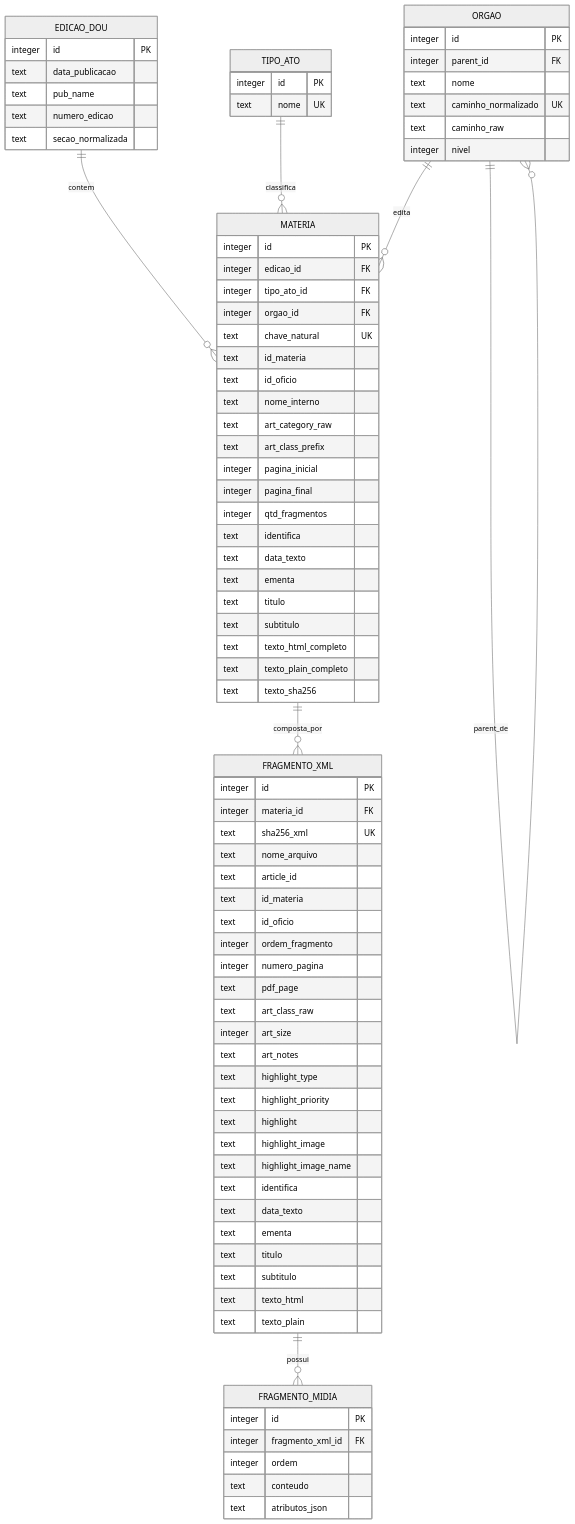
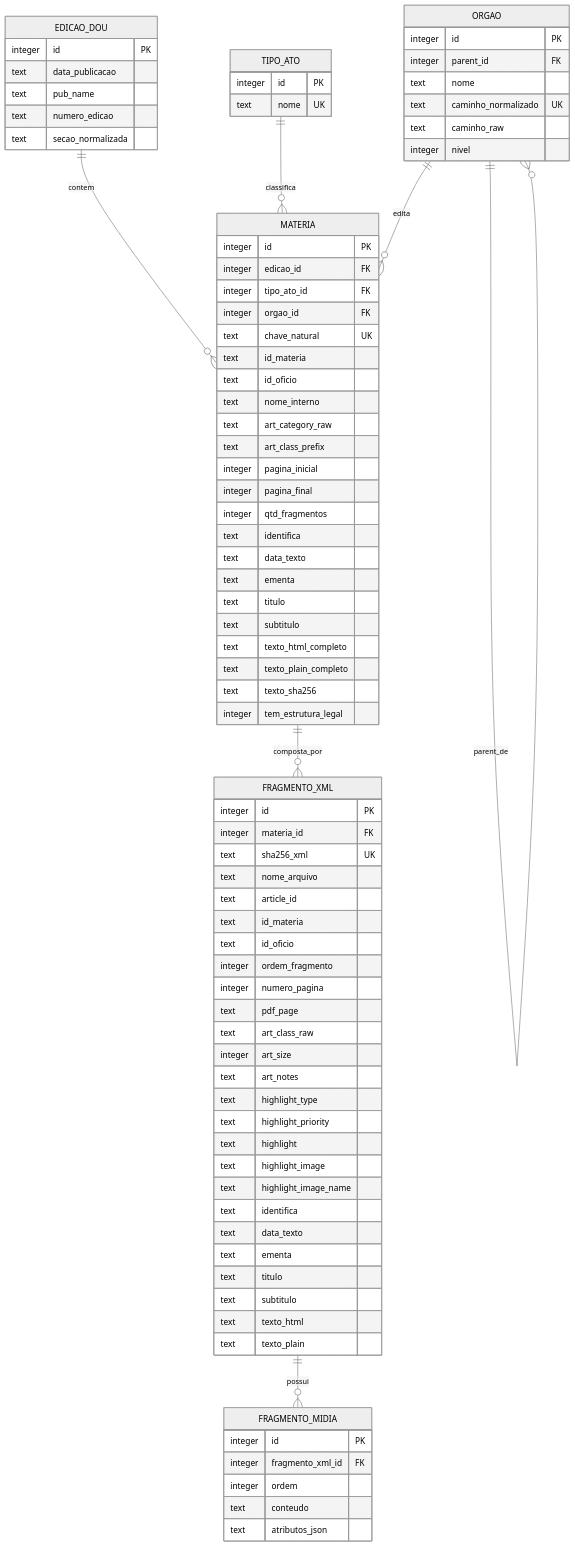
The diagram in docs/modelagem/base_publicacoes.md (lthevenard/classifier), drawn with Mermaid (neutral theme) before and after one commit. The commit also changed other lines of this file and 9 other files, not shown here.

```diff
--- a/docs/modelagem/base_publicacoes.md
+++ b/docs/modelagem/base_publicacoes.md
@@ -270,6 +295,7 @@
         text texto_html_completo
         text texto_plain_completo
         text texto_sha256
+        integer tem_estrutura_legal
     }
 
     FRAGMENTO_XML {
```
